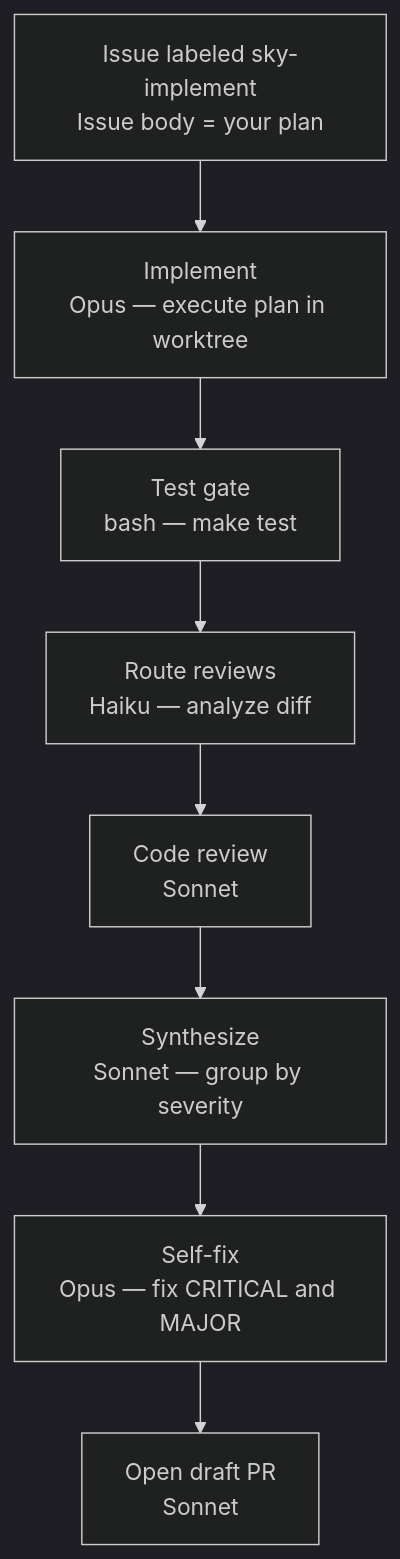
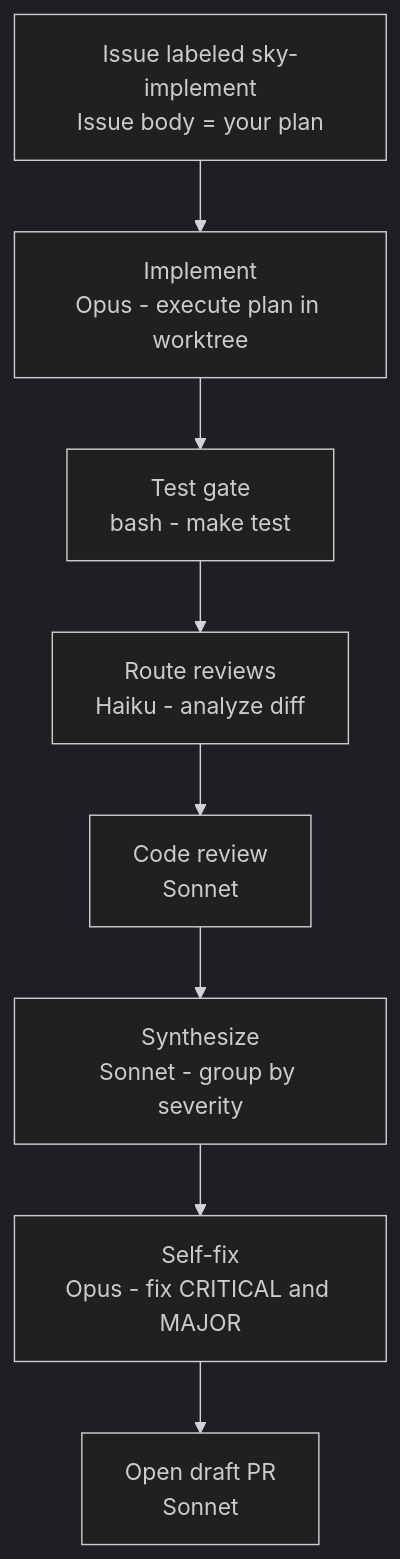
Before and after one commit to skylence-be/docs.skylence.be: the diagram in src/content/docs/examples/plan-to-pr.mdx, drawn with Mermaid (dark theme). The commit also changed other lines of this file and 48 other files, not shown here.

````diff
--- a/src/content/docs/examples/plan-to-pr.mdx
+++ b/src/content/docs/examples/plan-to-pr.mdx
@@ -14,10 +14,10 @@
 ```mermaid
 flowchart TD
-    trigger["Issue labeled sky-implement\nIssue body = your plan"] --> implement["Implement\nOpus — execute plan in worktree"]
-    implement --> test["Test gate\nbash — make test"]
-    test --> route["Route reviews\nHaiku — analyze diff"]
+    trigger["Issue labeled sky-implement\nIssue body = your plan"] --> implement["Implement\nOpus - execute plan in worktree"]
+    implement --> test["Test gate\nbash - make test"]
+    test --> route["Route reviews\nHaiku - analyze diff"]
     route --> code_review["Code review\nSonnet"]
-    code_review --> synthesize["Synthesize\nSonnet — group by severity"]
-    synthesize --> selffix["Self-fix\nOpus — fix CRITICAL and MAJOR"]
+    code_review --> synthesize["Synthesize\nSonnet - group by severity"]
+    synthesize --> selffix["Self-fix\nOpus - fix CRITICAL and MAJOR"]
     selffix --> pr["Open draft PR\nSonnet"]
 ```
````
